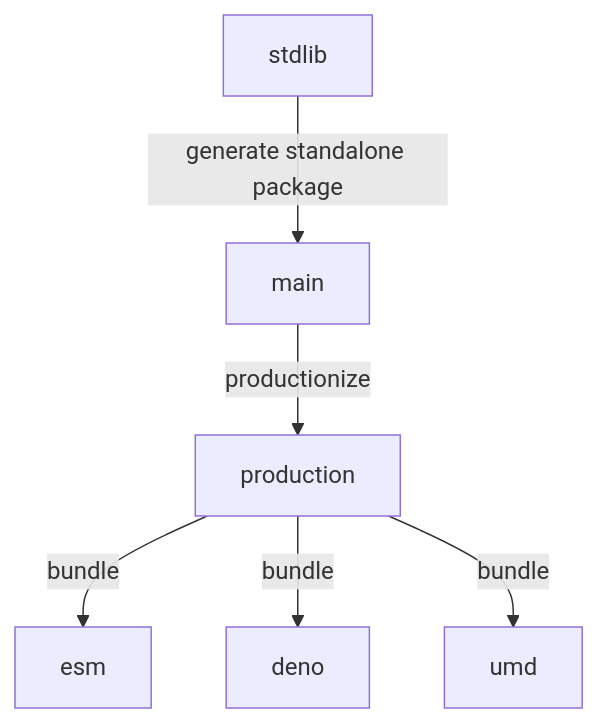
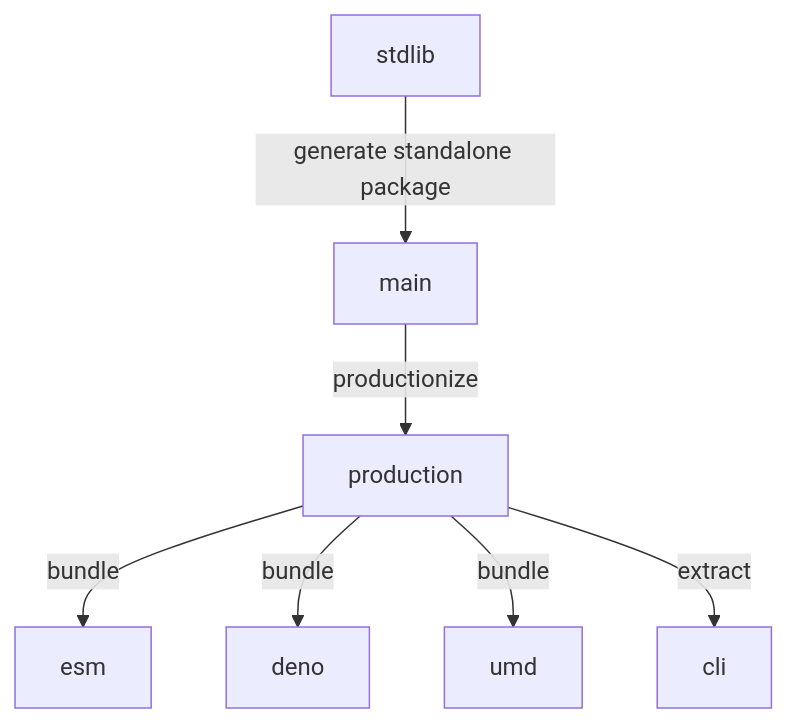
The diagram in branches.md (stdlib-js/random-streams-erlang), drawn with Mermaid before and after one commit. The commit also changed other lines of this file and 11 other files, not shown here.

````diff
--- a/branches.md
+++ b/branches.md
@@ -33,15 +34,17 @@
 ```mermaid
 graph TD;
 A[stdlib]-->|generate standalone package|B;
 B[main] -->|productionize| C[production];
 C -->|bundle| D[esm];
 C -->|bundle| E[deno];
 C -->|bundle| F[umd];
+C -->|extract| G[cli];
 
-click A href "https://github.com/stdlib-js/stdlib/tree/develop/lib/node_modules/%40stdlib/random/streams/erlang"
-click B href "https://github.com/stdlib-js/random-streams-erlang/tree/main"
-click C href "https://github.com/stdlib-js/random-streams-erlang/tree/production"
-click D href "https://github.com/stdlib-js/random-streams-erlang/tree/esm"
-click E href "https://github.com/stdlib-js/random-streams-erlang/tree/deno"
-click F href "https://github.com/stdlib-js/random-streams-erlang/tree/umd"
+%% click A href "https://github.com/stdlib-js/stdlib/tree/develop/lib/node_modules/%40stdlib/random/streams/erlang"
+%% click B href "https://github.com/stdlib-js/random-streams-erlang/tree/main"
+%% click C href "https://github.com/stdlib-js/random-streams-erlang/tree/production"
+%% click D href "https://github.com/stdlib-js/random-streams-erlang/tree/esm"
+%% click E href "https://github.com/stdlib-js/random-streams-erlang/tree/deno"
+%% click F href "https://github.com/stdlib-js/random-streams-erlang/tree/umd"
+%% click G href "https://github.com/stdlib-js/random-streams-erlang/tree/cli"
 ```
````
